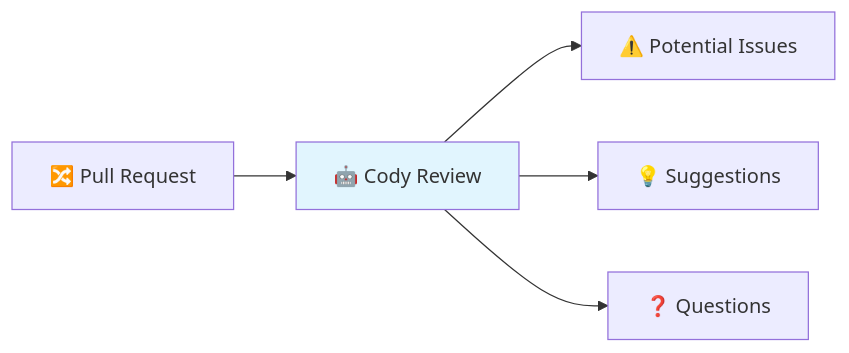
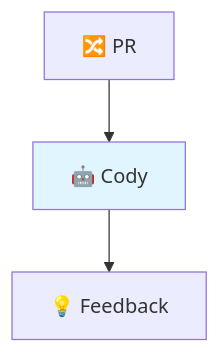
The fourth of 6 diagrams in website/content/papers/ai-dlc-2026/runbooks/tooling/cody.md (TheBushidoCollective/han), drawn with Mermaid before and after one commit. The commit also changed other lines of this file and 21 other files, not shown here.

First line of the commit message:
fix(website): convert all AI-DLC runbook Mermaid diagrams to TB layout

````diff
--- a/website/content/papers/ai-dlc-2026/runbooks/tooling/cody.md
+++ b/website/content/papers/ai-dlc-2026/runbooks/tooling/cody.md
@@ -223,9 +218,7 @@
 ```mermaid
-flowchart LR
-    PR[🔀 Pull Request] --> Cody[🤖 Cody Review]
-    Cody --> Issues[⚠️ Potential Issues]
-    Cody --> Suggestions[💡 Suggestions]
-    Cody --> Questions[❓ Questions]
+flowchart TB
+    PR[🔀 PR] --> Cody[🤖 Cody]
+    Cody --> Feedback[💡 Feedback]
 
     style Cody fill:#e1f5fe
 ```
````
